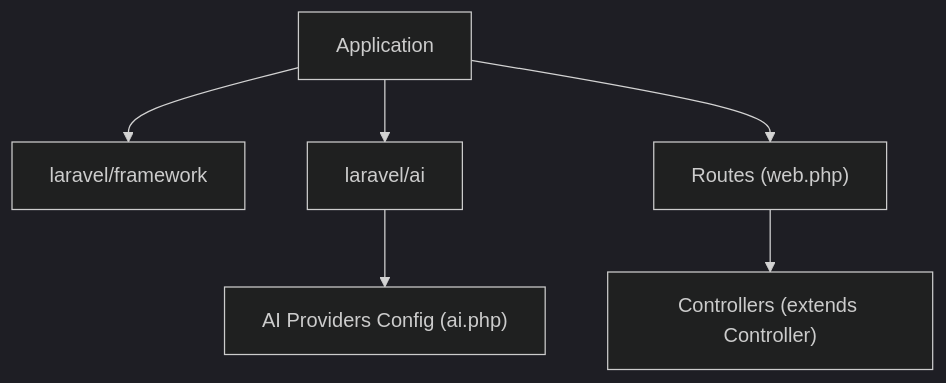
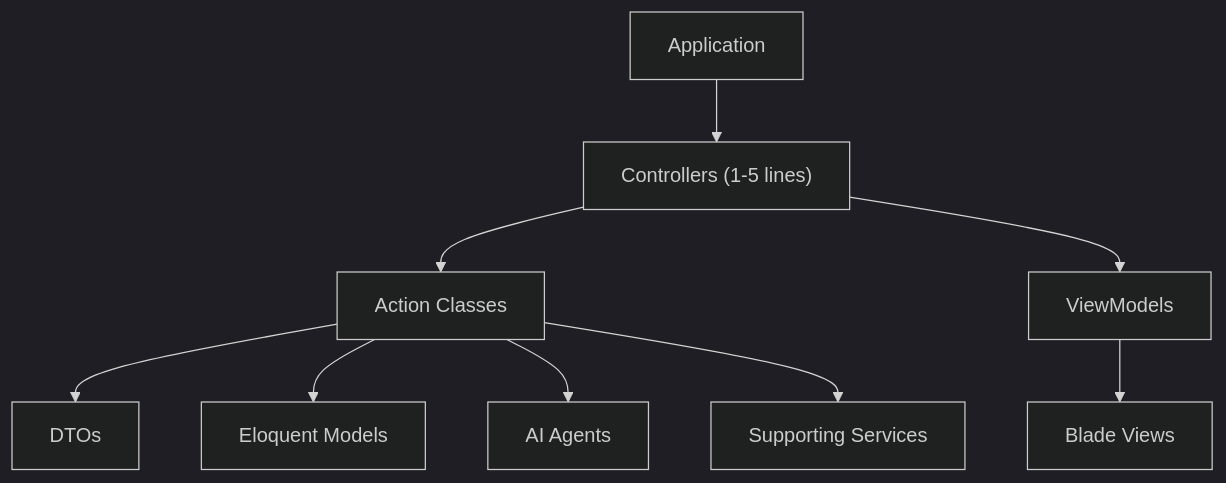
The third of 3 diagrams in .qoder/repowiki/en/content/Laravel Application Components/Controllers.md (siimliimand/laravel-assistant), drawn with Mermaid (dark theme) before and after one commit. The commit also changed other lines of this file and 12 other files, not shown here.

First line of the commit message:
docs(ai): add architectural and actions layer specifications

````diff
--- a/.qoder/repowiki/en/content/Laravel Application Components/Controllers.md
+++ b/.qoder/repowiki/en/content/Laravel Application Components/Controllers.md
@@ -263,8 +401,11 @@
 ```mermaid
 graph TB
-App["Application"] --> LFramework["laravel/framework"]
-App --> LAi["laravel/ai"]
-LAi --> Providers["AI Providers Config (ai.php)"]
-App --> Routes["Routes (web.php)"]
-Routes --> Controllers["Controllers (extends Controller)"]
+App["Application"] --> Controllers["Controllers (1-5 lines)"]
+Controllers --> Actions["Action Classes"]
+Actions --> DTOs["DTOs"]
+Actions --> Models["Eloquent Models"]
+Actions --> Agents["AI Agents"]
+Controllers --> ViewModels["ViewModels"]
+ViewModels --> Views["Blade Views"]
+Actions --> Services["Supporting Services"]
 ```
````
